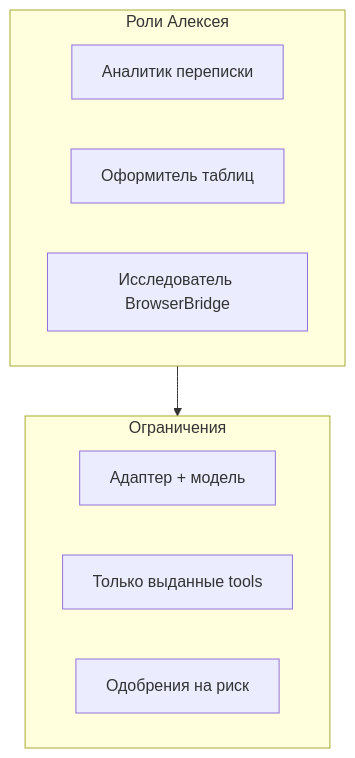
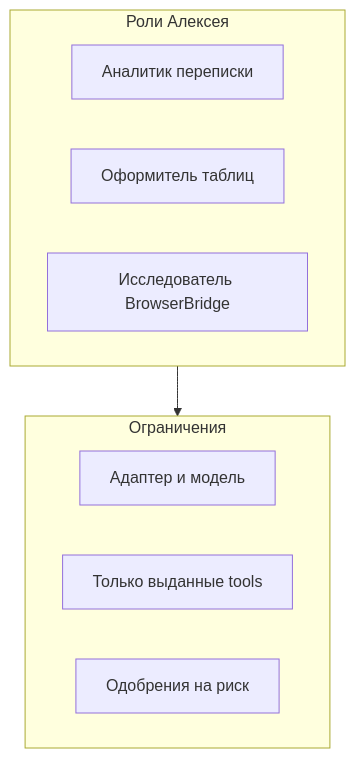
Before and after one commit to Dmitriion/datagent-docs: the diagram in docs/guides/02-your-team.md, drawn with Mermaid. The commit also changed other lines of this file and 11 other files, not shown here.

````diff
--- a/docs/guides/02-your-team.md
+++ b/docs/guides/02-your-team.md
@@ -36,14 +34,14 @@
 ```mermaid
 flowchart TB
   subgraph Roles [Роли Алексея]
     A1[Аналитик переписки]
     A2[Оформитель таблиц]
     A3[Исследователь BrowserBridge]
   end
   subgraph Limits [Ограничения]
-    LLM[Адаптер + модель]
+    LLM[Адаптер и модель]
     Tools[Только выданные tools]
     Appr[Одобрения на риск]
   end
   Roles --> Limits
 ```
````
